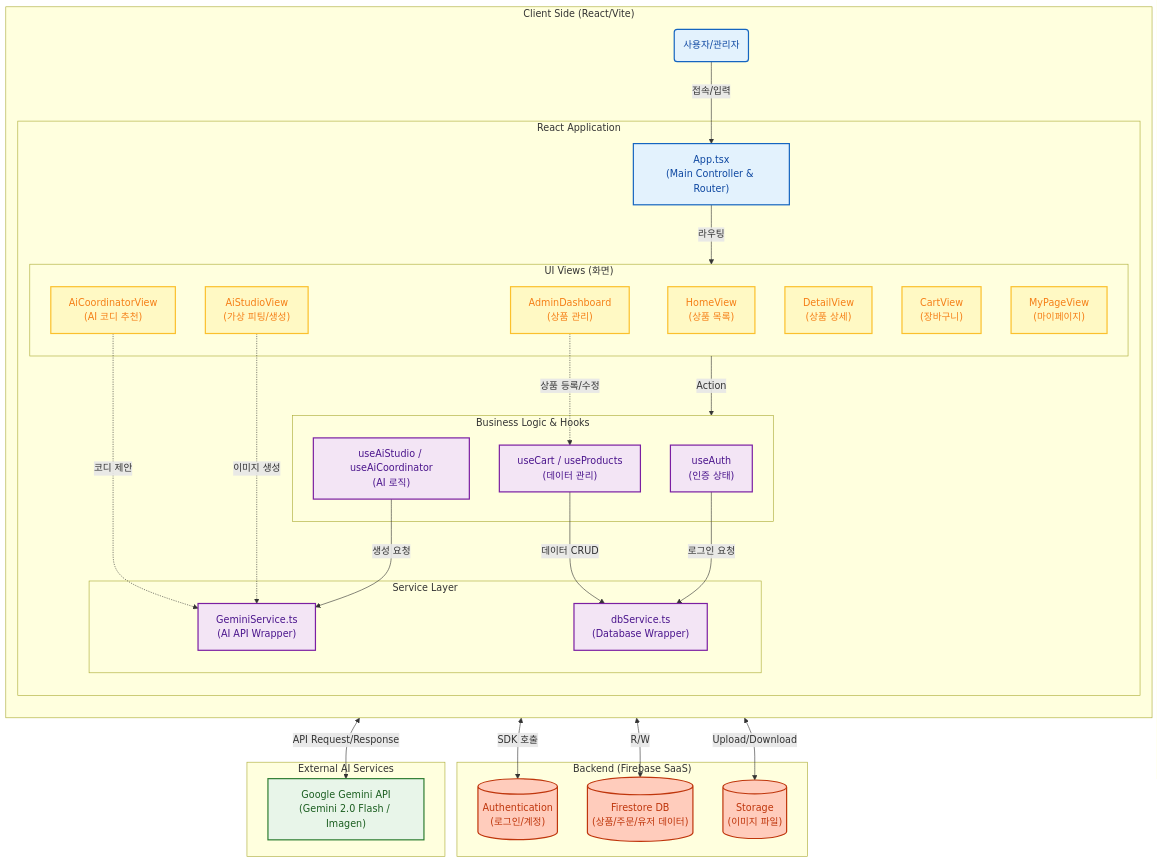
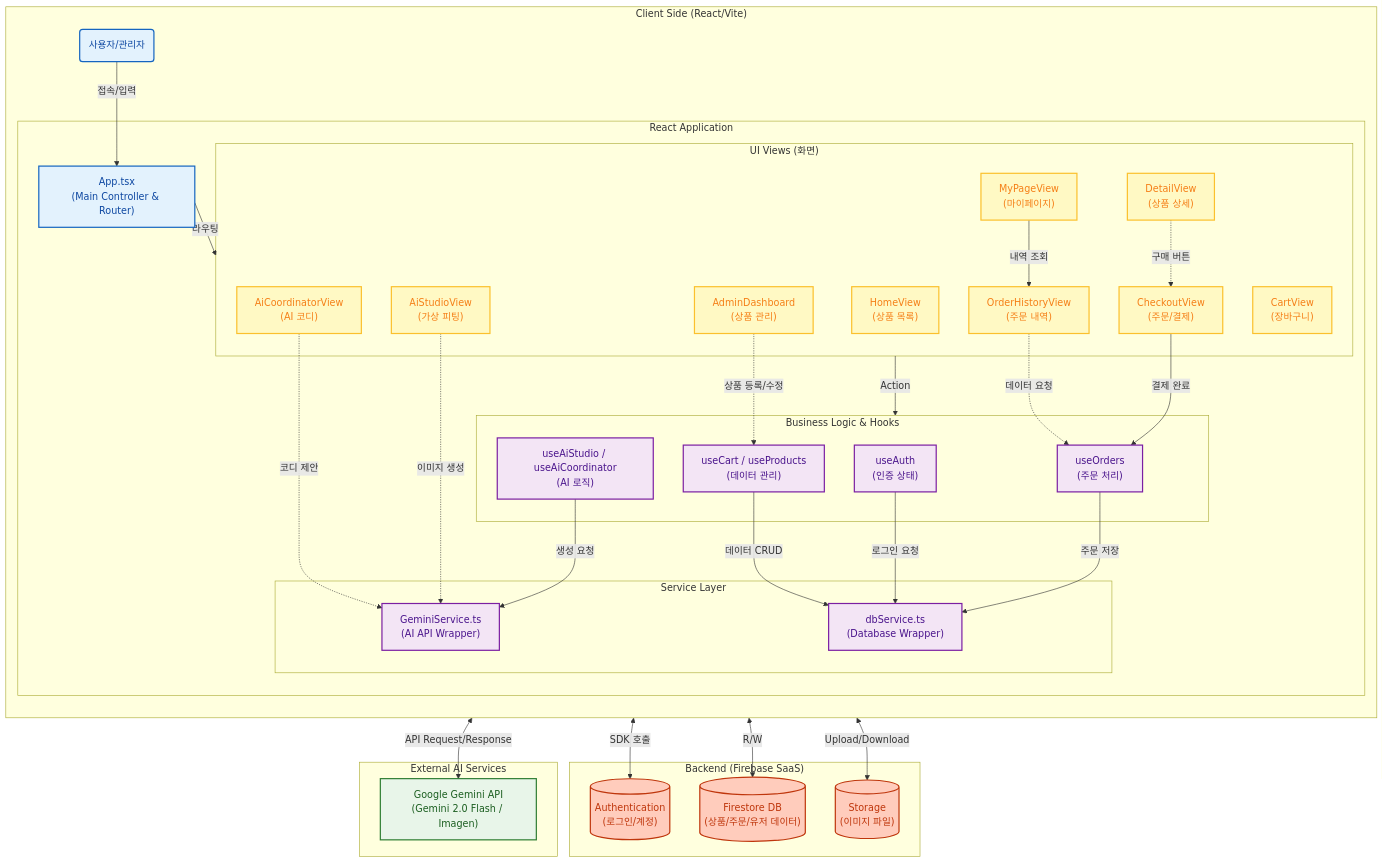
Before and after one commit to ABE0402/shopping-app: the diagram in README.md, drawn with Mermaid.

````diff
--- a/README.md
+++ b/README.md
@@ -98,6 +98,6 @@
 ```mermaid
 graph TD
-    %% 스타일 정의 (색상 테마: Blue & Orange)
+    %% 스타일 정의
     classDef client fill:#e3f2fd,stroke:#1565c0,stroke-width:2px,color:#0d47a1;
     classDef view fill:#fff9c4,stroke:#fbc02d,stroke-width:2px,color:#f57f17;
     classDef service fill:#f3e5f5,stroke:#7b1fa2,stroke-width:2px,color:#4a148c;
@@ -116,15 +116,18 @@
                 Home["HomeView<br/>(상품 목록)"]:::view
                 Detail["DetailView<br/>(상품 상세)"]:::view
                 Cart["CartView<br/>(장바구니)"]:::view
+                Checkout["CheckoutView<br/>(주문/결제)"]:::view
+                OrderHistory["OrderHistoryView<br/>(주문 내역)"]:::view
                 MyPage["MyPageView<br/>(마이페이지)"]:::view
-                AiStudio["AiStudioView<br/>(가상 피팅/생성)"]:::view
-                AiCoord["AiCoordinatorView<br/>(AI 코디 추천)"]:::view
+                AiStudio["AiStudioView<br/>(가상 피팅)"]:::view
+                AiCoord["AiCoordinatorView<br/>(AI 코디)"]:::view
                 Admin["AdminDashboard<br/>(상품 관리)"]:::view
             end
             
             subgraph Logic ["Business Logic & Hooks"]
                 AuthState["useAuth<br/>(인증 상태)"]:::service
                 DataState["useCart / useProducts<br/>(데이터 관리)"]:::service
+                OrderLogic["useOrders<br/>(주문 처리)"]:::service
                 AiHooks["useAiStudio / useAiCoordinator<br/>(AI 로직)"]:::service
             end
 
@@ -156,7 +159,16 @@
     %% 뷰와 로직 연결
     Views -->|Action| Logic
     
-    %% 로직과 서비스 연결
+    %% 구매 프로세스 흐름 추가
+    Detail -.->|구매 버튼| Checkout
+    Checkout -->|결제 완료| OrderLogic
+    OrderLogic -->|주문 저장| DBService
+    
+    %% 주문 내역 확인 흐름
+    MyPage -->|내역 조회| OrderHistory
+    OrderHistory -.->|데이터 요청| OrderLogic
+
+    %% 기존 로직 연결
     AuthState -->|로그인 요청| DBService
     DataState -->|데이터 CRUD| DBService
     AiHooks -->|생성 요청| GeminiService
@@ -168,7 +180,7 @@
     
     GeminiService <-->|API Request/Response| GoogleAI
     
-    %% 주요 기능 하이라이트
+    %% 주요 기능 연결
     AiStudio -.->|이미지 생성| GeminiService
     AiCoord -.->|코디 제안| GeminiService
     Admin -.->|상품 등록/수정| DataState
````
